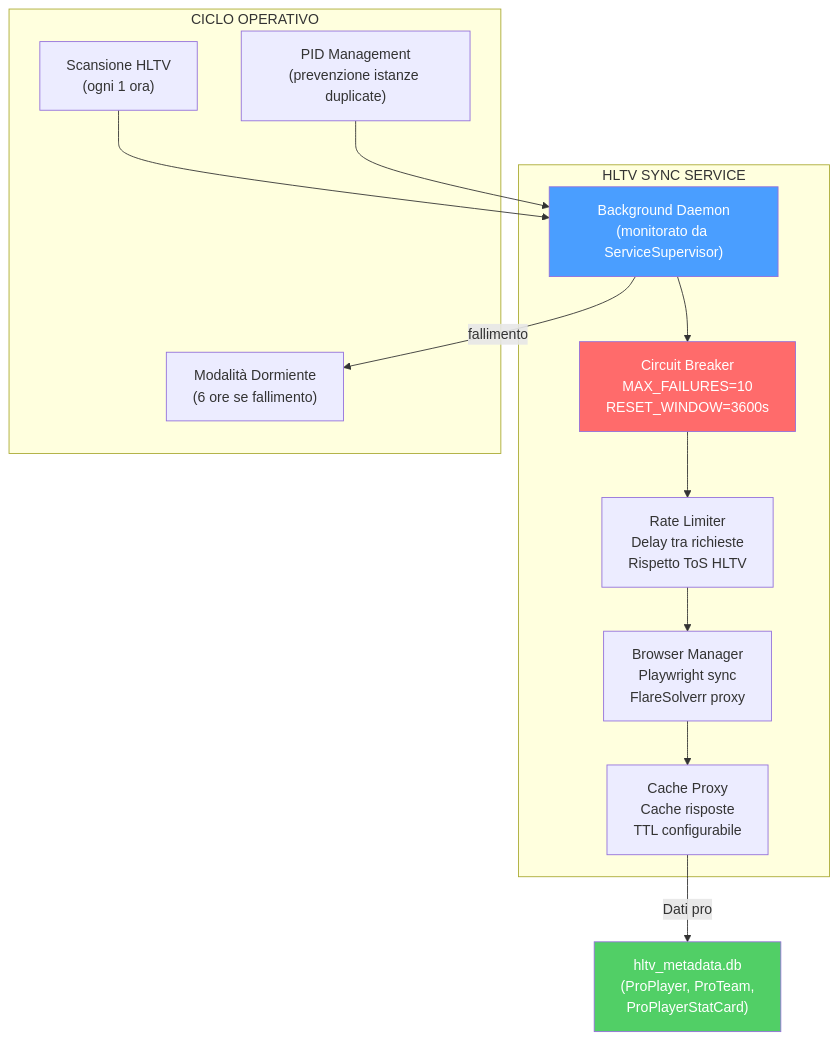
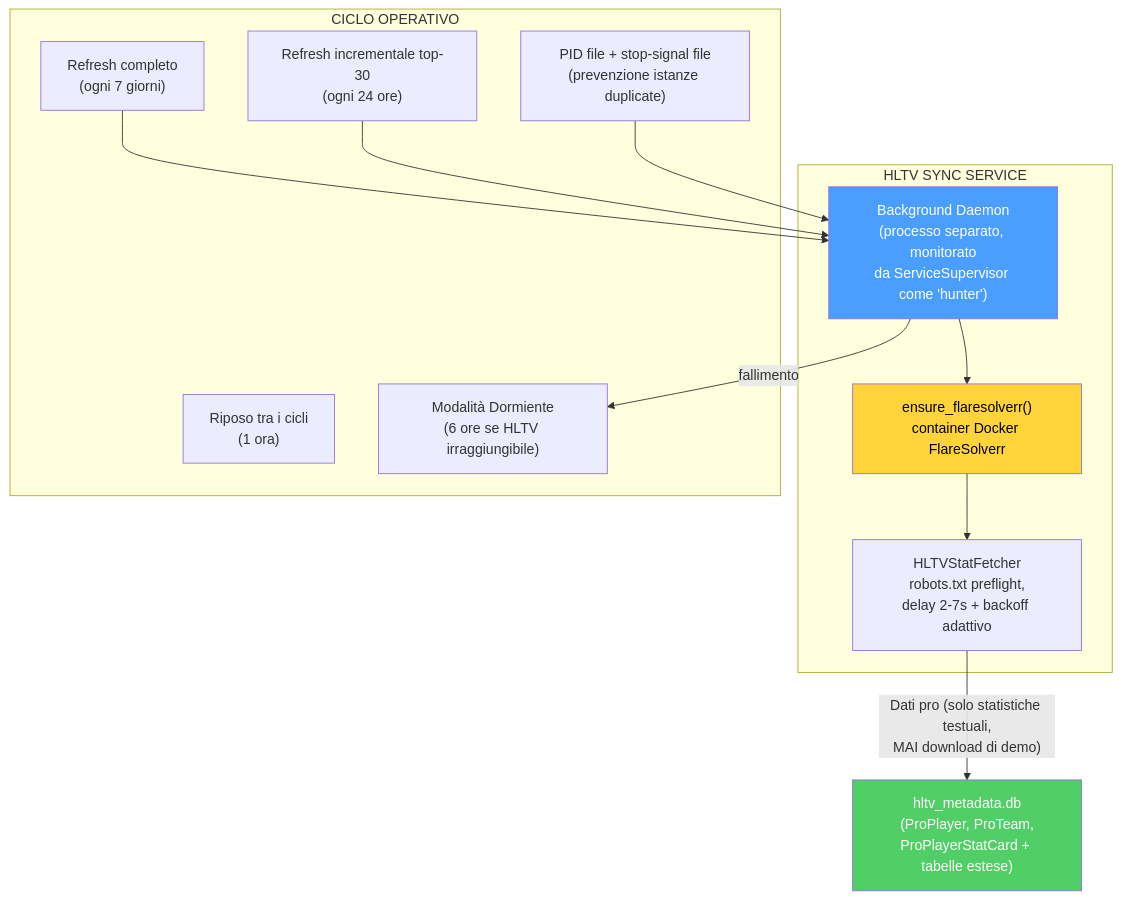
Diagram 45 of 52 in docs/books/Book-Coach-3.md (renanaugustomacena-ux/Counter-Strike-coach-AI), drawn with Mermaid before and after one commit. The commit also changed other lines of this file and 4 other files, not shown here.

````diff
--- a/docs/books/Book-Coach-3.md
+++ b/docs/books/Book-Coach-3.md
@@ -2496,22 +2489,23 @@
 ```mermaid
 flowchart TB
     subgraph HLTV_SYNC["HLTV SYNC SERVICE"]
-        DAEMON["Background Daemon<br/>(monitorato da ServiceSupervisor)"]
-        DAEMON --> CB["Circuit Breaker<br/>MAX_FAILURES=10<br/>RESET_WINDOW=3600s"]
-        CB --> RL["Rate Limiter<br/>Delay tra richieste<br/>Rispetto ToS HLTV"]
-        RL --> BM["Browser Manager<br/>Playwright sync<br/>FlareSolverr proxy"]
-        BM --> CP["Cache Proxy<br/>Cache risposte<br/>TTL configurabile"]
+        DAEMON["Background Daemon<br/>(processo separato, monitorato<br/>da ServiceSupervisor come 'hunter')"]
+        DAEMON --> FS["ensure_flaresolverr()<br/>container Docker FlareSolverr"]
+        FS --> FETCH["HLTVStatFetcher<br/>robots.txt preflight,<br/>delay 2-7s + backoff adattivo"]
     end
     subgraph CYCLE["CICLO OPERATIVO"]
-        SCAN["Scansione HLTV<br/>(ogni 1 ora)"]
-        DORMANT["Modalità Dormiente<br/>(6 ore se fallimento)"]
-        PID["PID Management<br/>(prevenzione istanze duplicate)"]
+        FULL["Refresh completo<br/>(ogni 7 giorni)"]
+        INCR["Refresh incrementale top-30<br/>(ogni 24 ore)"]
+        REST["Riposo tra i cicli<br/>(1 ora)"]
+        DORMANT["Modalità Dormiente<br/>(6 ore se HLTV irraggiungibile)"]
+        PID["PID file + stop-signal file<br/>(prevenzione istanze duplicate)"]
     end
-    CP -->|"Dati pro"| DB["hltv_metadata.db<br/>(ProPlayer, ProTeam,<br/>ProPlayerStatCard)"]
-    SCAN --> DAEMON
+    FETCH -->|"Dati pro (solo statistiche testuali,<br/>MAI download di demo)"| DB["hltv_metadata.db<br/>(ProPlayer, ProTeam,<br/>ProPlayerStatCard + tabelle estese)"]
+    FULL --> DAEMON
+    INCR --> DAEMON
     DAEMON -->|"fallimento"| DORMANT
     PID --> DAEMON
     style DAEMON fill:#4a9eff,color:#fff
-    style CB fill:#ff6b6b,color:#fff
+    style FS fill:#ffd43b,color:#000
     style DB fill:#51cf66,color:#fff
 ```
````
